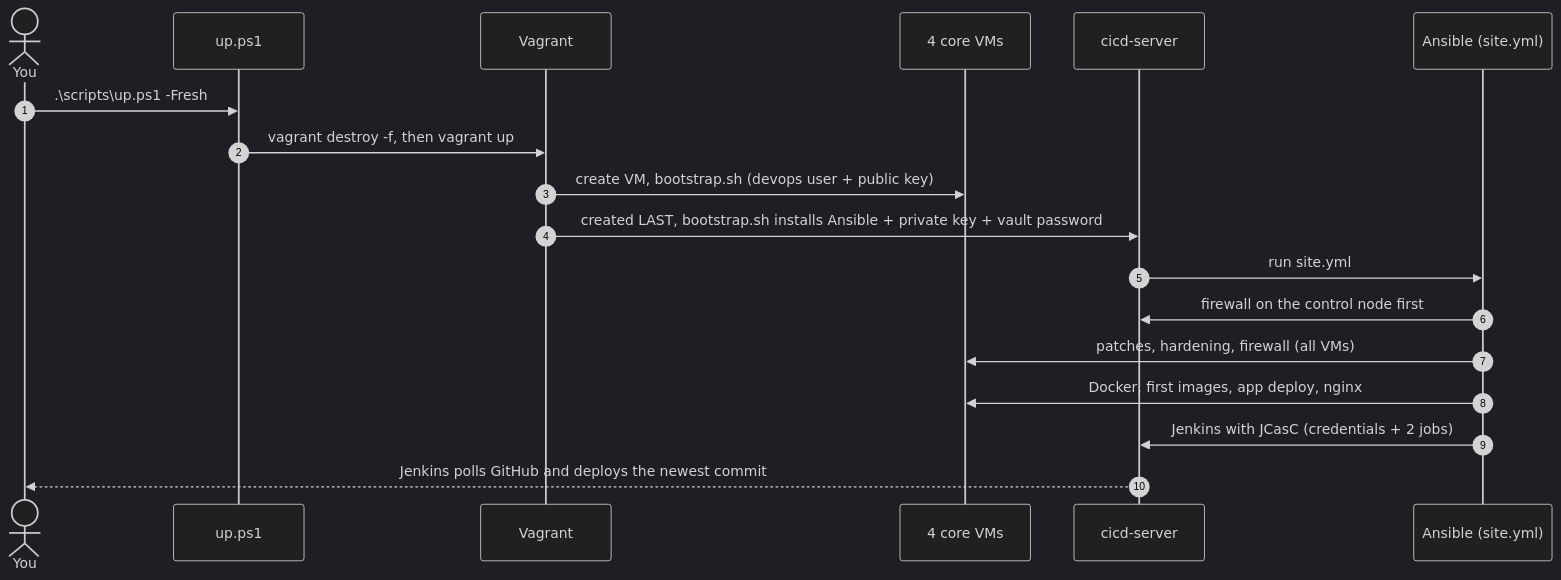
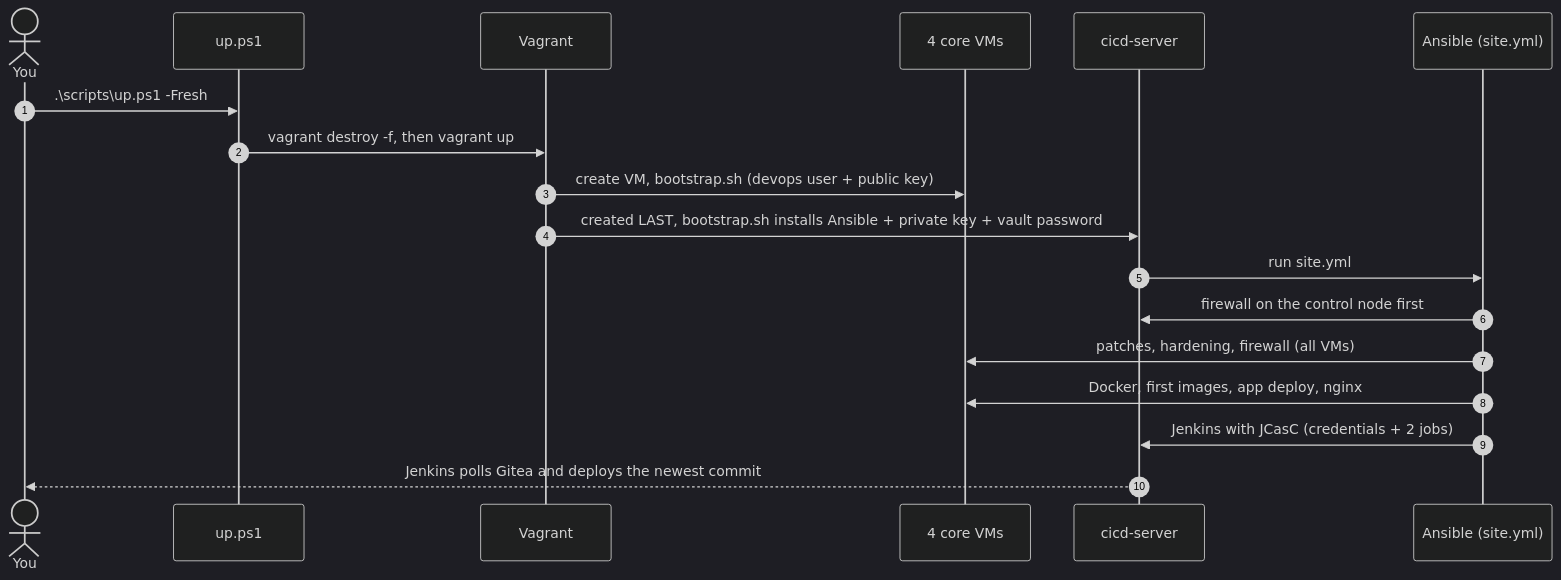
One commit to khan1402/automation-alchemy changed the second of 5 diagrams in docs/architecture_project-3.md. Above: the diagram before and after it, drawn with Mermaid (dark theme). The commit also changed other lines of this file and 5 other files, not shown here.

Commit message:
Docs: Jenkins watches Gitea every minute; GitHub mirror for Actions

````diff
--- a/docs/architecture_project-3.md
+++ b/docs/architecture_project-3.md
@@ -52,21 +52,21 @@
 ```mermaid
 sequenceDiagram
     autonumber
     actor You
     participant UP as up.ps1
     participant V as Vagrant
     participant VMs as 4 core VMs
     participant C as cicd-server
     participant A as Ansible (site.yml)
 
     You->>UP: .\scripts\up.ps1 -Fresh
     UP->>V: vagrant destroy -f, then vagrant up
     V->>VMs: create VM, bootstrap.sh (devops user + public key)
     V->>C: created LAST, bootstrap.sh installs Ansible + private key + vault password
     C->>A: run site.yml
     A->>C: firewall on the control node first
     A->>VMs: patches, hardening, firewall (all VMs)
     A->>VMs: Docker, first images, app deploy, nginx
     A->>C: Jenkins with JCasC (credentials + 2 jobs)
-    C-->>You: Jenkins polls GitHub and deploys the newest commit
+    C-->>You: Jenkins polls Gitea and deploys the newest commit
 ```
````
